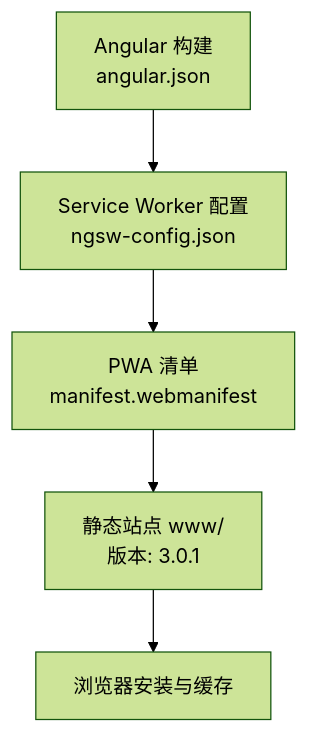
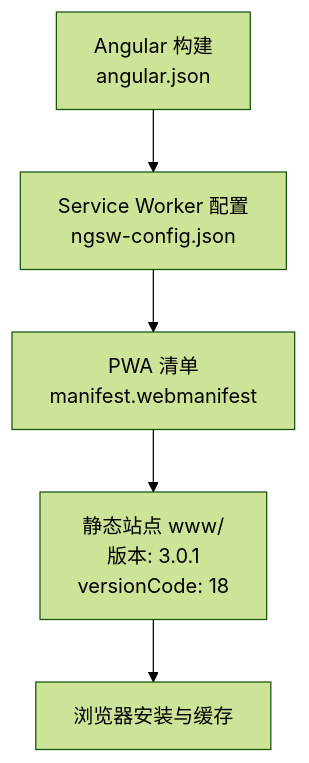
One commit to tea4go/Macro-Deck-Client-App changed the fifth of 9 diagrams in .qoder/repowiki/zh/content/构建与部署/平台部署/平台部署.md. Above: the diagram before and after it, drawn with Mermaid (forest theme). The commit also changed other lines of this file and 50 other files, not shown here.

````diff
--- a/.qoder/repowiki/zh/content/构建与部署/平台部署/平台部署.md
+++ b/.qoder/repowiki/zh/content/构建与部署/平台部署/平台部署.md
@@ -255,7 +214,7 @@
 ```mermaid
 flowchart TD
 A["Angular 构建<br/>angular.json"] --> B["Service Worker 配置<br/>ngsw-config.json"]
 B --> C["PWA 清单<br/>manifest.webmanifest"]
-C --> D["静态站点 www/<br/>版本: 3.0.1"]
+C --> D["静态站点 www/<br/>版本: 3.0.1<br/>versionCode: 18"]
 D --> E["浏览器安装与缓存"]
 ```
````
